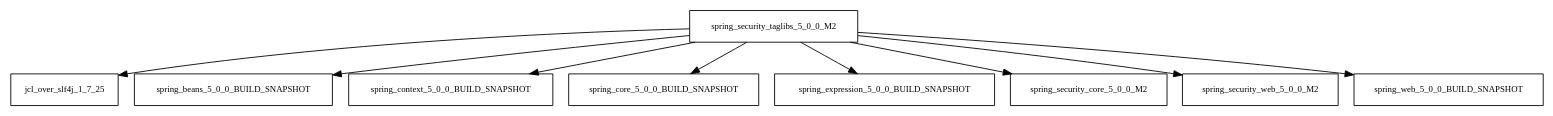
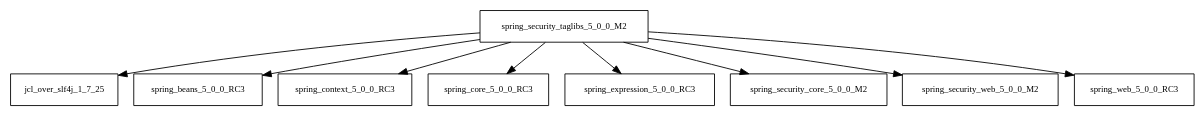
One commit to AglaianWoman/cia changed the diagram in tattleTaleReport/graphviz/spring-security-taglibs-5.0.0.M2.jar/spring-security-taglibs-5.0.0.M2.jar.dot. Above: the diagram before and after it, drawn with Graphviz. The commit also changed 2443 other files, not shown here.

```diff
--- a/tattleTaleReport/graphviz/spring-security-taglibs-5.0.0.M2.jar/spring-security-taglibs-5.0.0.M2.jar.dot
+++ b/tattleTaleReport/graphviz/spring-security-taglibs-5.0.0.M2.jar/spring-security-taglibs-5.0.0.M2.jar.dot
@@ -1,11 +1,11 @@
 digraph spring_security_taglibs_5_0_0_M2_dependencies {
   node [shape = box, fontsize=10.0];
   spring_security_taglibs_5_0_0_M2 -> jcl_over_slf4j_1_7_25;
-  spring_security_taglibs_5_0_0_M2 -> spring_beans_5_0_0_BUILD_SNAPSHOT;
-  spring_security_taglibs_5_0_0_M2 -> spring_context_5_0_0_BUILD_SNAPSHOT;
-  spring_security_taglibs_5_0_0_M2 -> spring_core_5_0_0_BUILD_SNAPSHOT;
-  spring_security_taglibs_5_0_0_M2 -> spring_expression_5_0_0_BUILD_SNAPSHOT;
+  spring_security_taglibs_5_0_0_M2 -> spring_beans_5_0_0_RC3;
+  spring_security_taglibs_5_0_0_M2 -> spring_context_5_0_0_RC3;
+  spring_security_taglibs_5_0_0_M2 -> spring_core_5_0_0_RC3;
+  spring_security_taglibs_5_0_0_M2 -> spring_expression_5_0_0_RC3;
   spring_security_taglibs_5_0_0_M2 -> spring_security_core_5_0_0_M2;
   spring_security_taglibs_5_0_0_M2 -> spring_security_web_5_0_0_M2;
-  spring_security_taglibs_5_0_0_M2 -> spring_web_5_0_0_BUILD_SNAPSHOT;
+  spring_security_taglibs_5_0_0_M2 -> spring_web_5_0_0_RC3;
 }
```
